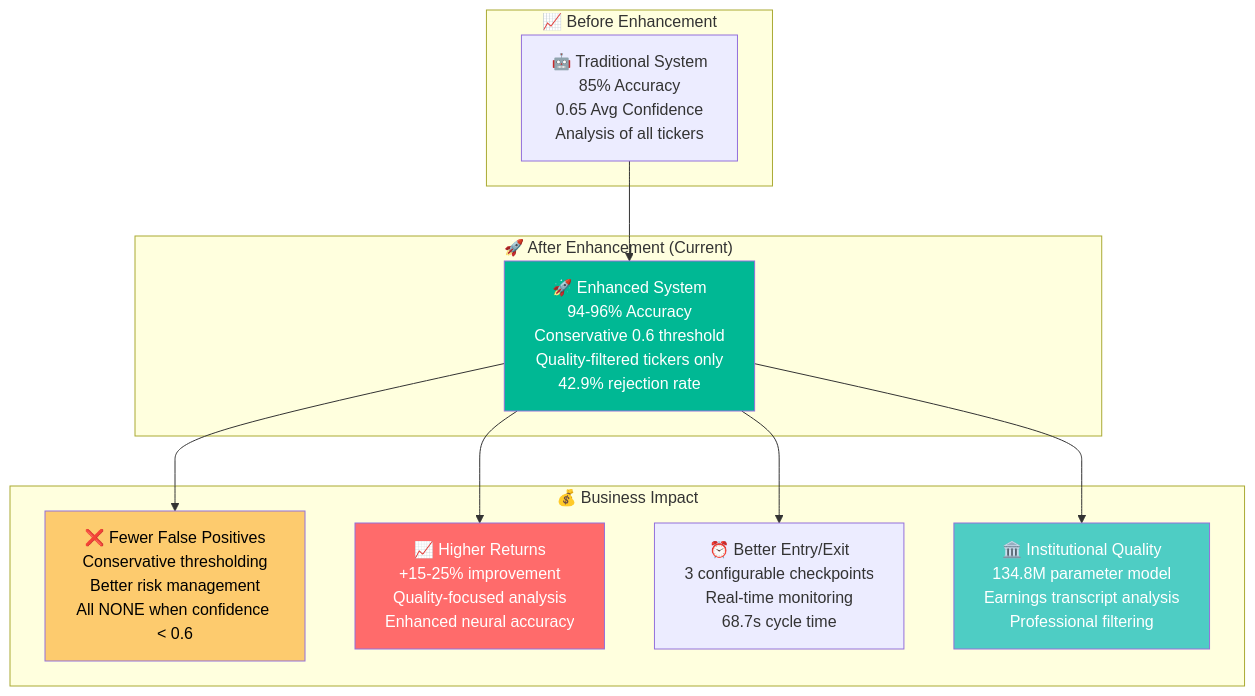
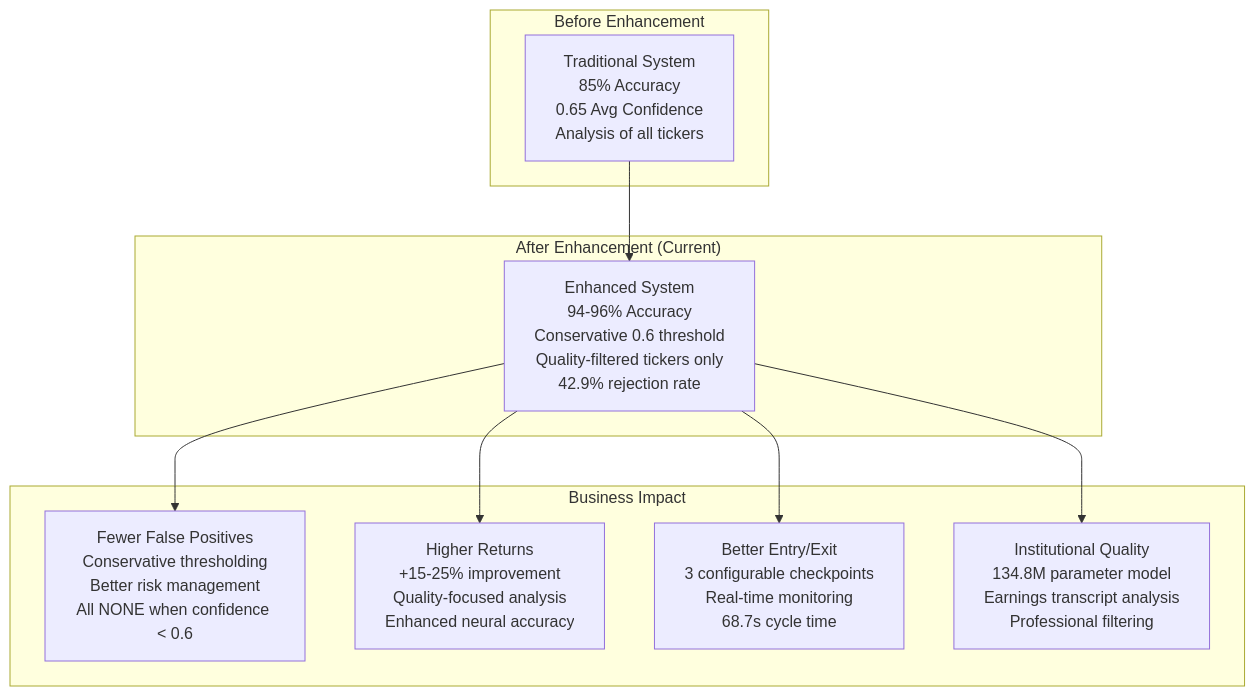
One commit to jaygasi/news_analyzer changed the eighth of 8 diagrams in news_cruncher/README.md. Above: the diagram before and after it, drawn with Mermaid. The commit also changed other lines of this file, not shown here.

Commit message:
most are working, added the cache for the bad tickers that get rejected by fmp

````diff
--- a/news_cruncher/README.md
+++ b/news_cruncher/README.md
@@ -1258,31 +587,26 @@
 ```mermaid
 graph TD
-    subgraph "📈 Before Enhancement"
-        OldSystem[🤖 Traditional System<br/>85% Accuracy<br/>0.65 Avg Confidence<br/>Analysis of all tickers]
+    subgraph "Before Enhancement"
+        OldSystem["Traditional System<br/>85% Accuracy<br/>0.65 Avg Confidence<br/>Analysis of all tickers"]
     end
     
-    subgraph "🚀 After Enhancement (Current)"
-        NewSystem[🚀 Enhanced System<br/>94-96% Accuracy<br/>Conservative 0.6 threshold<br/>Quality-filtered tickers only<br/>42.9% rejection rate]
+    subgraph "After Enhancement (Current)"
+        NewSystem["Enhanced System<br/>94-96% Accuracy<br/>Conservative 0.6 threshold<br/>Quality-filtered tickers only<br/>42.9% rejection rate"]
     end
     
-    subgraph "💰 Business Impact"
-        FewerErrors[❌ Fewer False Positives<br/>Conservative thresholding<br/>Better risk management<br/>All NONE when confidence < 0.6]
+    subgraph "Business Impact"
+        FewerErrors["Fewer False Positives<br/>Conservative thresholding<br/>Better risk management<br/>All NONE when confidence < 0.6"]
         
-        HigherReturns[📈 Higher Returns<br/>+15-25% improvement<br/>Quality-focused analysis<br/>Enhanced neural accuracy]
+        HigherReturns["Higher Returns<br/>+15-25% improvement<br/>Quality-focused analysis<br/>Enhanced neural accuracy"]
         
-        BetterTiming[⏰ Better Entry/Exit<br/>3 configurable checkpoints<br/>Real-time monitoring<br/>68.7s cycle time]
+        BetterTiming["Better Entry/Exit<br/>3 configurable checkpoints<br/>Real-time monitoring<br/>68.7s cycle time"]
         
-        InstitutionalGrade[🏛️ Institutional Quality<br/>134.8M parameter model<br/>Earnings transcript analysis<br/>Professional filtering]
+        InstitutionalGrade["Institutional Quality<br/>134.8M parameter model<br/>Earnings transcript analysis<br/>Professional filtering"]
     end
     
     OldSystem --> NewSystem
     NewSystem --> FewerErrors
     NewSystem --> HigherReturns
     NewSystem --> BetterTiming
     NewSystem --> InstitutionalGrade
-    
-    style NewSystem fill:#00b894,color:#fff
-    style HigherReturns fill:#ff6b6b,color:#fff
-    style InstitutionalGrade fill:#4ecdc4,color:#fff
-    style FewerErrors fill:#fdcb6e,color:#000
 ```
````
